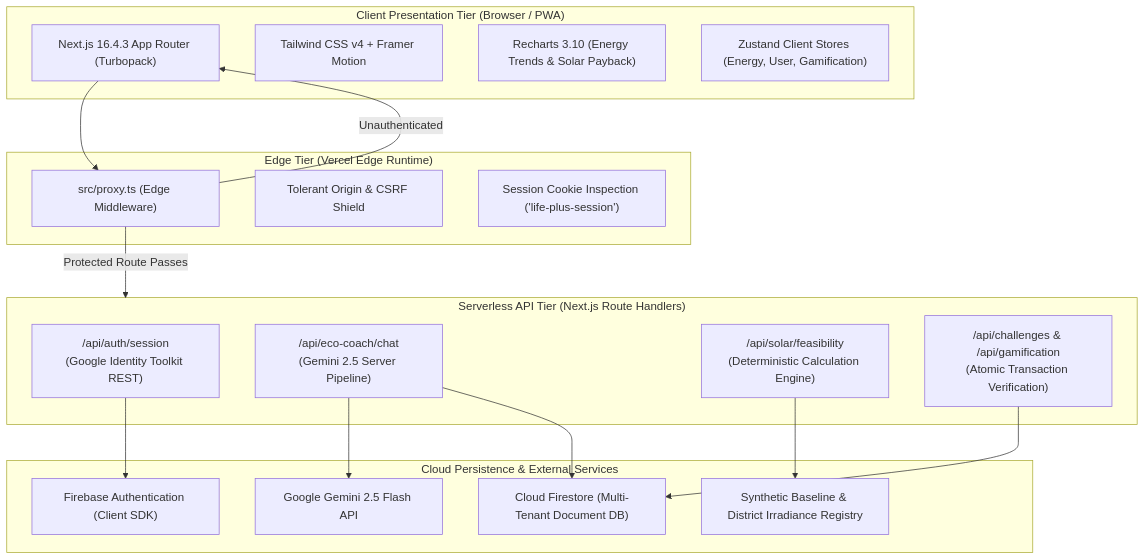
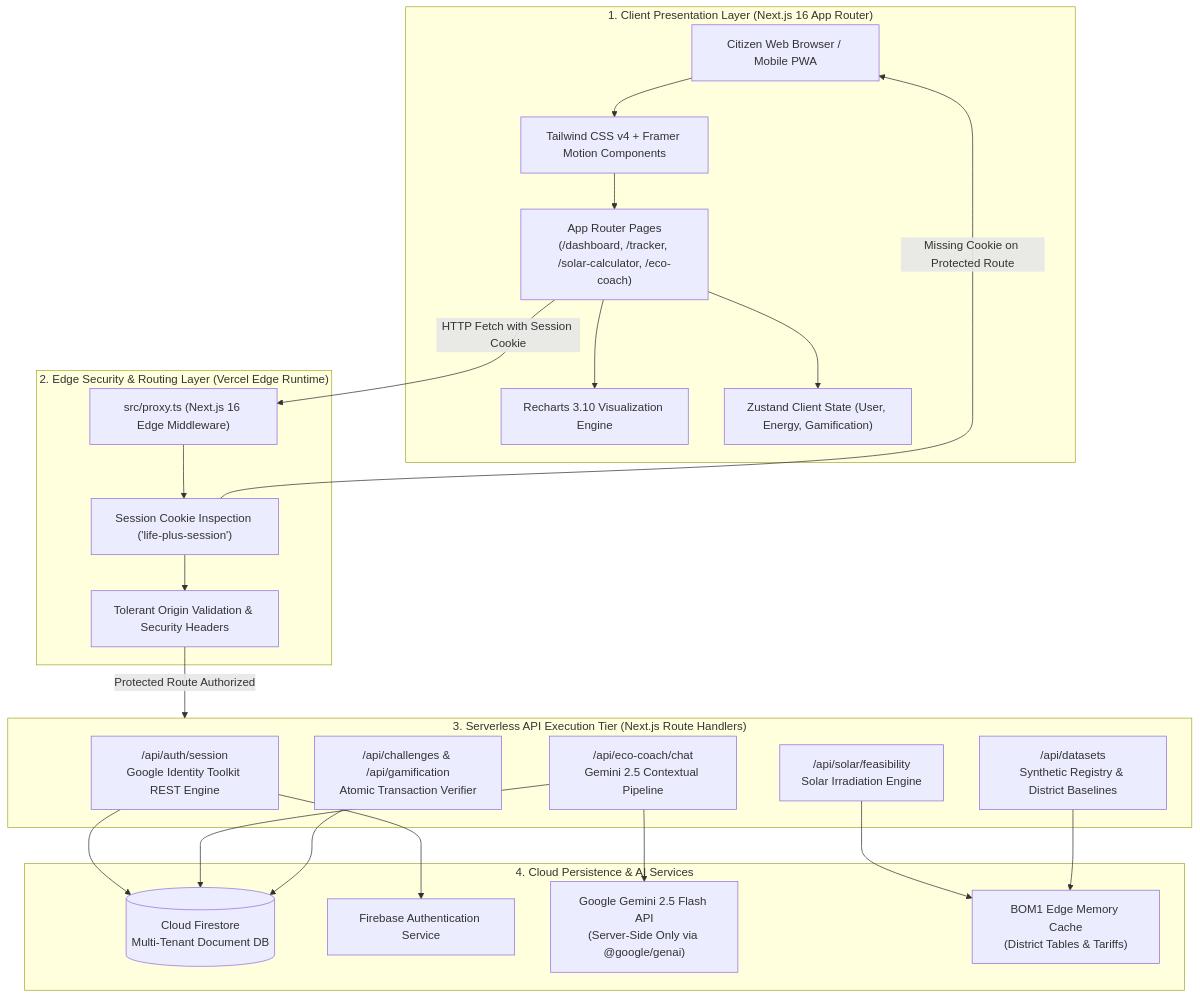
The second of 6 diagrams in README.md (rawalneel11-ui/life-plus), drawn with Mermaid before and after one commit. The commit also changed other lines of this file, not shown here.

````diff
--- a/README.md
+++ b/README.md
@@ -61,39 +96,51 @@
 ```mermaid
-flowchart TD
-    subgraph Client ["Client Presentation Tier (Browser / PWA)"]
-        UI["Next.js 16.4.3 App Router (Turbopack)"]
-        Tailwind["Tailwind CSS v4 + Framer Motion"]
-        Recharts["Recharts 3.10 (Energy Trends & Solar Payback)"]
-        Zustand["Zustand Client Stores (Energy, User, Gamification)"]
+flowchart TB
+    subgraph Tier1 ["1. Client Presentation Layer (Next.js 16 App Router)"]
+        Browser["Citizen Web Browser / Mobile PWA"]
+        Pages["App Router Pages\n(/dashboard, /tracker, /solar-calculator, /eco-coach)"]
+        UIElements["Tailwind CSS v4 + Framer Motion Components"]
+        ChartLib["Recharts 3.10 Visualization Engine"]
+        ZustandStore["Zustand Client State (User, Energy, Gamification)"]
     end
 
-    subgraph Edge ["Edge Tier (Vercel Edge Runtime)"]
-        Proxy["src/proxy.ts (Edge Middleware)"]
-        OriginCheck["Tolerant Origin & CSRF Shield"]
-        SessionCheck["Session Cookie Inspection ('life-plus-session')"]
+    subgraph Tier2 ["2. Edge Security & Routing Layer (Vercel Edge Runtime)"]
+        EdgeProxy["src/proxy.ts (Next.js 16 Edge Middleware)"]
+        CookieGuard["Session Cookie Inspection ('life-plus-session')"]
+        CSRFShield["Tolerant Origin Validation & Security Headers"]
     end
 
-    subgraph Serverless ["Serverless API Tier (Next.js Route Handlers)"]
-        AuthAPI["/api/auth/session\n(Google Identity Toolkit REST)"]
-        EcoCoach["/api/eco-coach/chat\n(Gemini 2.5 Server Pipeline)"]
-        SolarAPI["/api/solar/feasibility\n(Deterministic Calculation Engine)"]
-        GamifyAPI["/api/challenges & /api/gamification\n(Atomic Transaction Verification)"]
+    subgraph Tier3 ["3. Serverless API Execution Tier (Next.js Route Handlers)"]
+        AuthHandler["/api/auth/session\nGoogle Identity Toolkit REST Engine"]
+        EcoHandler["/api/eco-coach/chat\nGemini 2.5 Contextual Pipeline"]
+        SolarHandler["/api/solar/feasibility\nSolar Irradiation Engine"]
+        GamifyHandler["/api/challenges & /api/gamification\nAtomic Transaction Verifier"]
+        DatasetHandler["/api/datasets\nSynthetic Registry & District Baselines"]
     end
 
-    subgraph Storage ["Cloud Persistence & External Services"]
-        Firestore["Cloud Firestore (Multi-Tenant Document DB)"]
-        GoogleAuth["Firebase Authentication (Client SDK)"]
-        GeminiAPI["Google Gemini 2.5 Flash API"]
-        LocalCache["Synthetic Baseline & District Irradiance Registry"]
+    subgraph Tier4 ["4. Cloud Persistence & AI Services"]
+        FirestoreDB[("Cloud Firestore\nMulti-Tenant Document DB")]
+        FirebaseAuth["Firebase Authentication Service"]
+        GeminiFlash["Google Gemini 2.5 Flash API\n(Server-Side Only via @google/genai)"]
+        EdgeCache["BOM1 Edge Memory Cache\n(District Tables & Tariffs)"]
     end
 
-    UI --> Proxy
-    Proxy -->|Protected Route Passes| Serverless
-    Proxy -->|Unauthenticated| UI
+    Browser --> UIElements
+    UIElements --> Pages
+    Pages --> ZustandStore
+    Pages --> ChartLib
 
-    AuthAPI --> GoogleAuth
-    EcoCoach --> GeminiAPI
-    EcoCoach --> Firestore
-    SolarAPI --> LocalCache
-    GamifyAPI --> Firestore
+    Pages -->|HTTP Fetch with Session Cookie| EdgeProxy
+    EdgeProxy --> CookieGuard
+    CookieGuard --> CSRFShield
+
+    CSRFShield -->|Protected Route Authorized| Tier3
+    CookieGuard -->|Missing Cookie on Protected Route| Browser
+
+    AuthHandler --> FirebaseAuth
+    AuthHandler --> FirestoreDB
+    EcoHandler --> GeminiFlash
+    EcoHandler --> FirestoreDB
+    SolarHandler --> EdgeCache
+    GamifyHandler --> FirestoreDB
+    DatasetHandler --> EdgeCache
 ```
````
